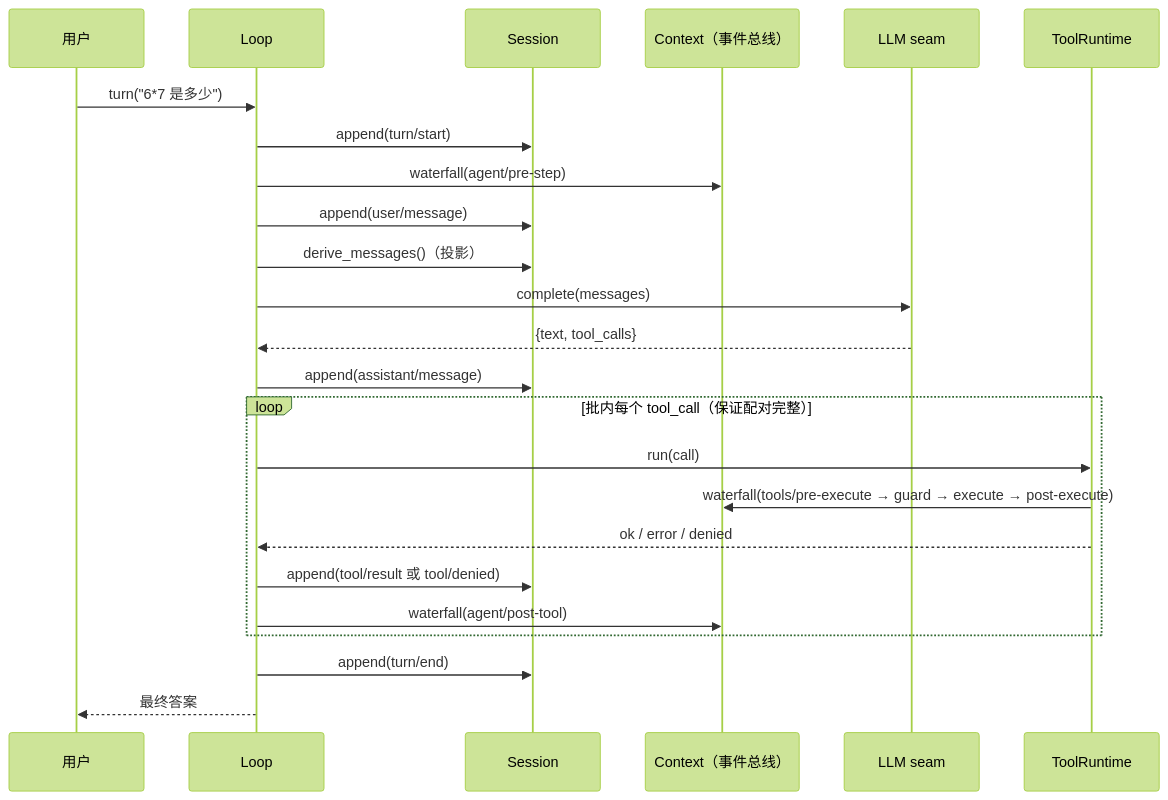
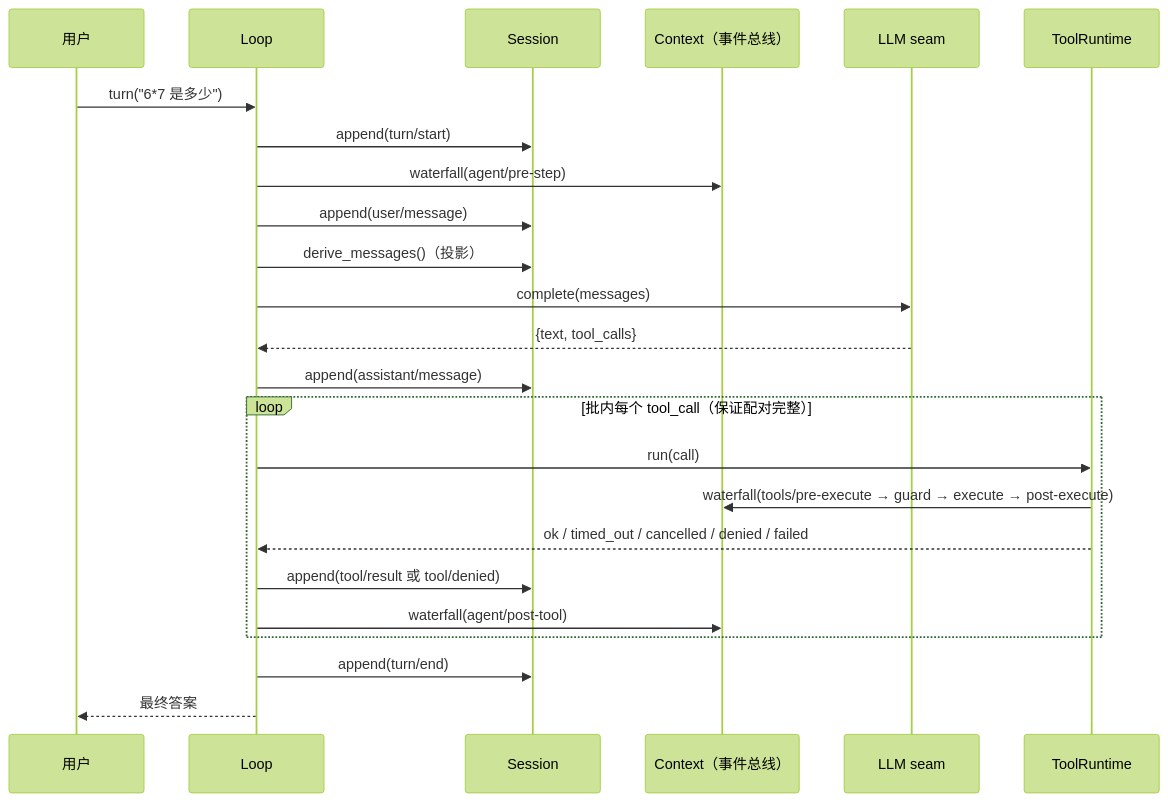
One commit to RebornL/MiniAgent changed the third of 5 diagrams in docs/miniharness.md. Above: the diagram before and after it, drawn with Mermaid (forest theme). The commit also changed other lines of this file and 38 other files, not shown here.

````diff
--- a/docs/miniharness.md
+++ b/docs/miniharness.md
@@ -196,27 +207,27 @@
 ```mermaid
 sequenceDiagram
     participant U as 用户
     participant L as Loop
     participant S as Session
     participant C as Context（事件总线）
     participant M as LLM seam
     participant T as ToolRuntime
 
     U->>L: turn("6*7 是多少")
     L->>S: append(turn/start)
     L->>C: waterfall(agent/pre-step)
     L->>S: append(user/message)
     L->>S: derive_messages()（投影）
     L->>M: complete(messages)
     M-->>L: {text, tool_calls}
     L->>S: append(assistant/message)
     loop 批内每个 tool_call（保证配对完整）
         L->>T: run(call)
         T->>C: waterfall(tools/pre-execute → guard → execute → post-execute)
-        T-->>L: ok / error / denied
+        T-->>L: ok / timed_out / cancelled / denied / failed
         L->>S: append(tool/result 或 tool/denied)
         L->>C: waterfall(agent/post-tool)
     end
     L->>S: append(turn/end)
     L-->>U: 最终答案
 ```
````
